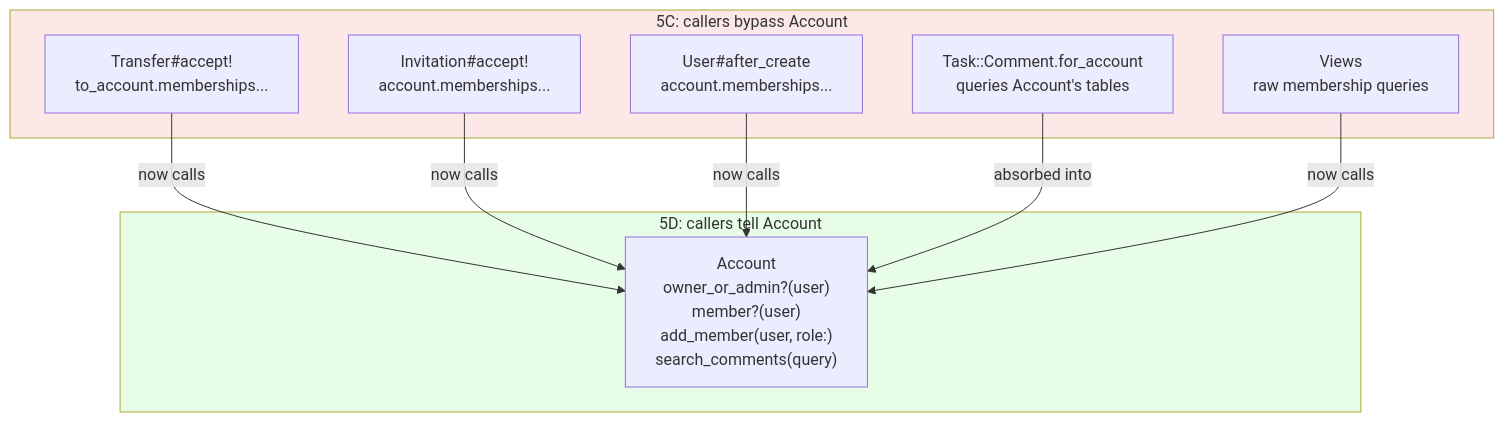
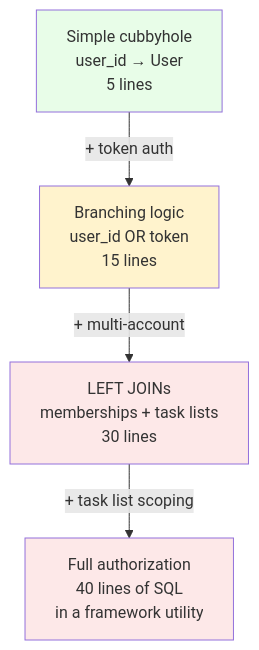
The second of 2 diagrams in README.md (railswhey/app), drawn with Mermaid before and after one commit. The commit also changed other lines of this file and 6 other files, not shown here.

````diff
--- a/README.md
+++ b/README.md
@@ -151,23 +101,11 @@
 ```mermaid
 flowchart TD
-  subgraph Before["5C: callers bypass Account"]
-    T["Transfer#accept!<br/>to_account.memberships..."]
-    I["Invitation#accept!<br/>account.memberships..."]
-    U["User#after_create<br/>account.memberships..."]
-    TC["Task::Comment.for_account<br/>queries Account's tables"]
-    V["Views<br/>raw membership queries"]
-  end
+  S["Simple cubbyhole<br/>user_id → User<br/>5 lines"] -->|"+ token auth"| T["Branching logic<br/>user_id OR token<br/>15 lines"]
+  T -->|"+ multi-account"| J["LEFT JOINs<br/>memberships + task lists<br/>30 lines"]
+  J -->|"+ task list scoping"| F["Full authorization<br/>40 lines of SQL<br/>in a framework utility"]
 
-  subgraph After["5D: callers tell Account"]
-    A["Account<br/>owner_or_admin?(user)<br/>member?(user)<br/>add_member(user, role:)<br/>search_comments(query)"]
-  end
-
-  T -->|"now calls"| A
-  I -->|"now calls"| A
-  U -->|"now calls"| A
-  TC -->|"absorbed into"| A
-  V -->|"now calls"| A
-
-  style Before fill:#fde8e8
-  style After fill:#e8fde8
+  style S fill:#e8fde8
+  style T fill:#fff3cd
+  style J fill:#fde8e8
+  style F fill:#fde8e8
 ```
````
